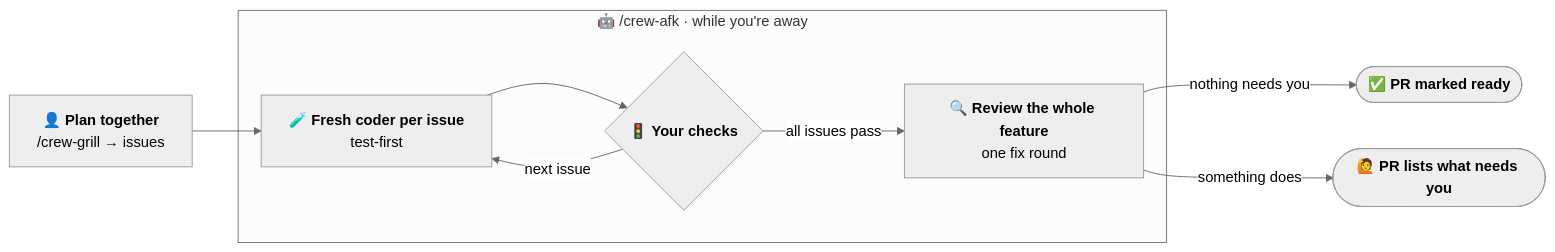
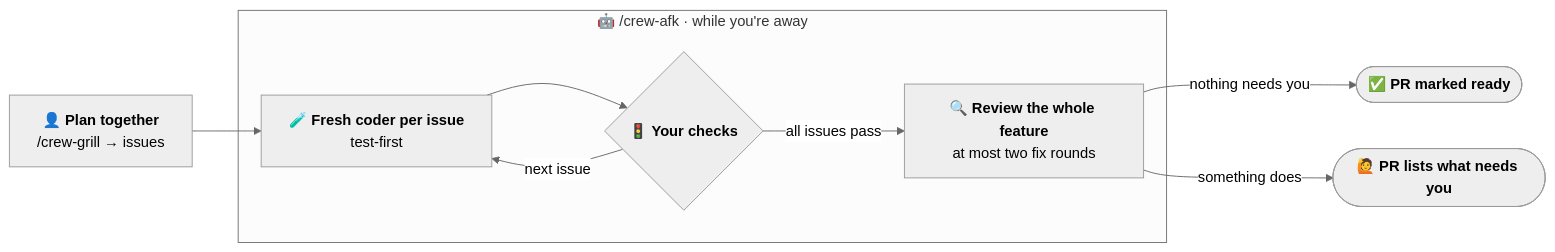
The diagram in README.md (ypxing/coding-crew), drawn with Mermaid (neutral theme) before and after one commit. The commit also changed other lines of this file and 11 other files, not shown here.

````diff
--- a/README.md
+++ b/README.md
@@ -46,11 +46,11 @@
 ```mermaid
 flowchart LR
     plan["👤 <b>Plan together</b><br/>/crew-grill → issues"] --> coder
     subgraph away ["🤖 /crew-afk · while you're away"]
         coder["🧪 <b>Fresh coder per issue</b><br/>test-first"] --> gate{"🚦 <b>Your checks</b>"}
         gate -- "next issue" --> coder
-        gate -- "all issues pass" --> review["🔍 <b>Review the whole feature</b><br/>one fix round"]
+        gate -- "all issues pass" --> review["🔍 <b>Review the whole feature</b><br/>at most two fix rounds"]
     end
     review -- "nothing needs you" --> ready(["✅ <b>PR marked ready</b>"])
     review -- "something does" --> needs(["🙋 <b>PR lists what needs you</b>"])
 ```
````
